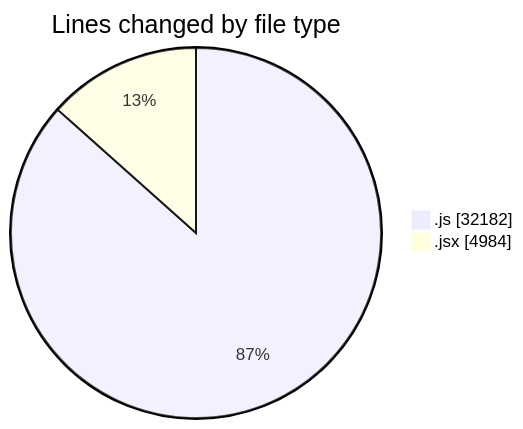
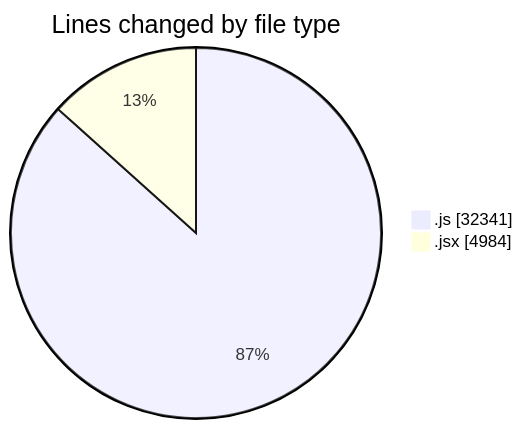
The first of 2 diagrams in 2025-09-30/nxtqube_webapp/README.md (nxtqubesakshisongat/code-tracking), drawn with Mermaid before and after one commit. The commit also changed other lines of this file and 1 other file, not shown here.

````diff
--- a/2025-09-30/nxtqube_webapp/README.md
+++ b/2025-09-30/nxtqube_webapp/README.md
@@ -25,6 +25,6 @@
 ```mermaid
 pie showData
 title Lines changed by file type
-".js" : 32182
+".js" : 32341
 ".jsx" : 4984
 ```
````
